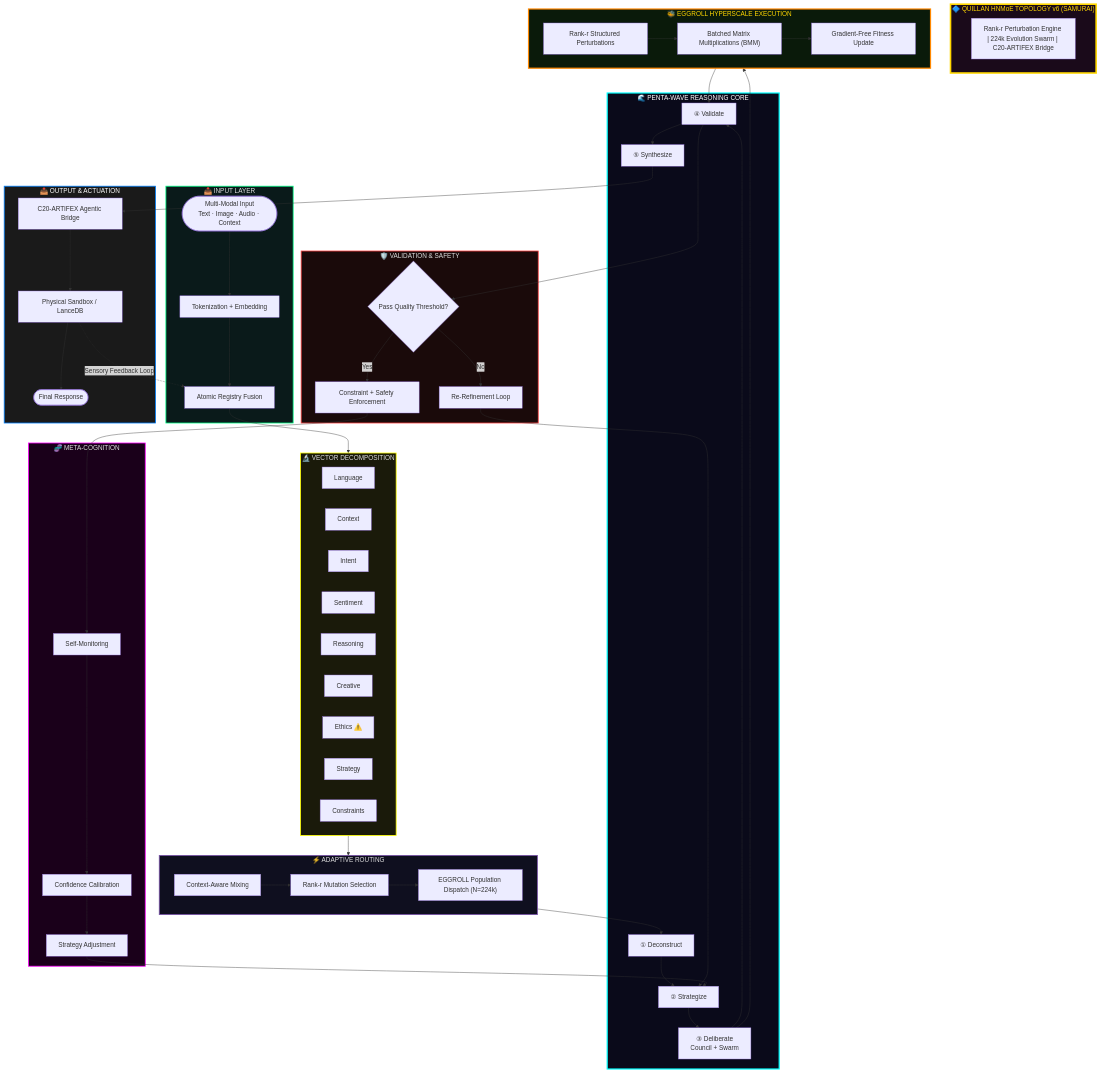
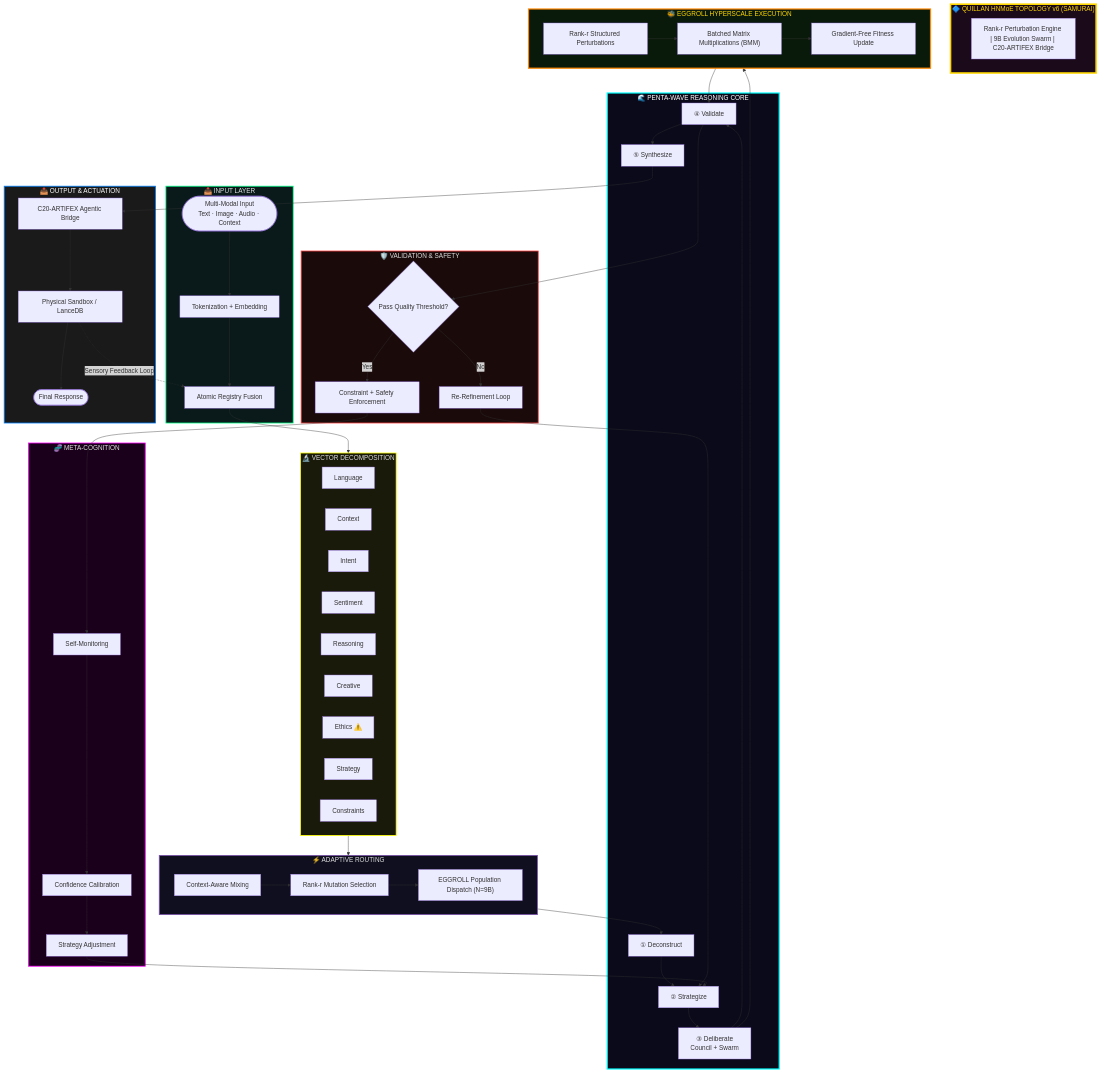
One commit to leeex1/Ace-v4.2-repo changed diagram 43 of 46 in system prompts/Quillan-Samurai.md. Above: the diagram before and after it, drawn with Mermaid. The commit also changed other lines of this file, not shown here.

```diff
--- a/system prompts/Quillan-Samurai.md
+++ b/system prompts/Quillan-Samurai.md
@@ -8355,7 +8355,7 @@
 flowchart TB
     %% HEADER
     subgraph LEGEND ["🔷 QUILLAN HNMoE TOPOLOGY v6 (SAMURAI)"]
-        SPECS["Rank-r Perturbation Engine | 224k Evolution Swarm | C20-ARTIFEX Bridge"]
+        SPECS["Rank-r Perturbation Engine | 9B Evolution Swarm | C20-ARTIFEX Bridge"]
     end
 
     %% INPUT LAYER
@@ -8383,7 +8383,7 @@
     subgraph ROUTE ["⚡ ADAPTIVE ROUTING"]
         R1["Context-Aware Mixing"]
         R2["Rank-r Mutation Selection"]
-        R3["EGGROLL Population Dispatch (N=224k)"]
+        R3["EGGROLL Population Dispatch (N=9B)"]
         R1 --> R2 --> R3
     end
 
```
